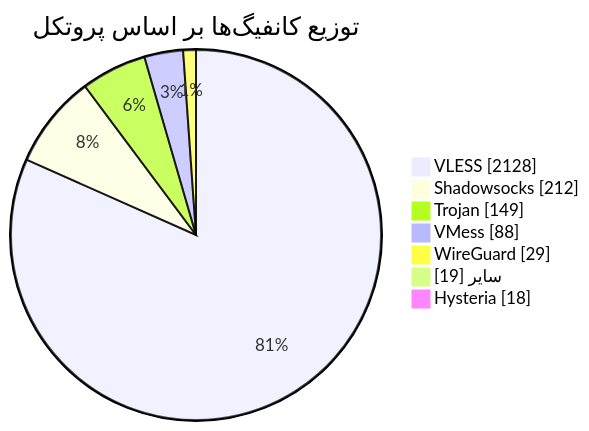
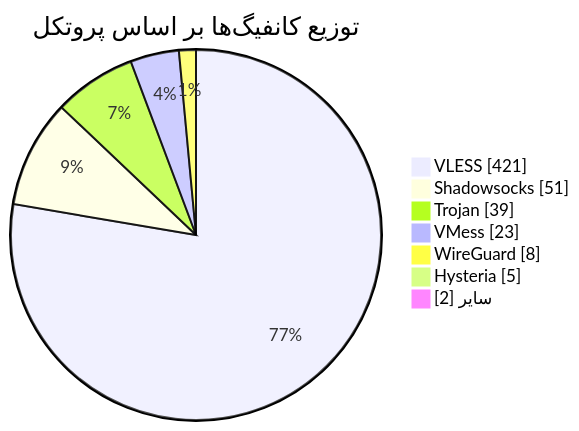
One commit to Arian-Alijani/Somthing changed the diagram in README.md. Above: the diagram before and after it, drawn with Mermaid. The commit also changed other lines of this file and 139 other files, not shown here.

````diff
--- a/README.md
+++ b/README.md
@@ -49,11 +49,11 @@
 ```mermaid
 pie showData
     title توزیع کانفیگ‌ها بر اساس پروتکل
-    "VLESS" : 2128
-    "Shadowsocks" : 212
-    "Trojan" : 149
-    "VMess" : 88
-    "WireGuard" : 29
-    "سایر" : 19
-    "Hysteria" : 18
+    "VLESS" : 421
+    "Shadowsocks" : 51
+    "Trojan" : 39
+    "VMess" : 23
+    "WireGuard" : 8
+    "Hysteria" : 5
+    "سایر" : 2
 ```
````
